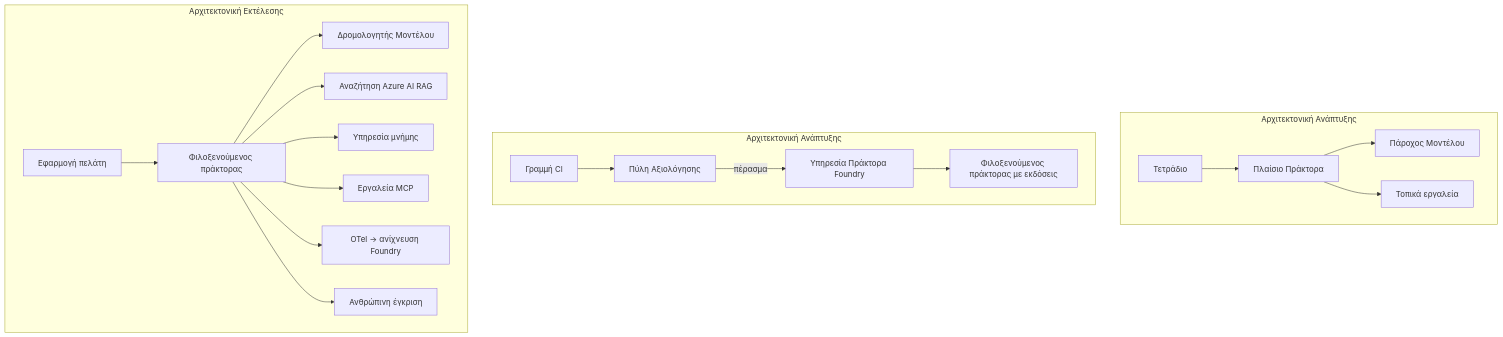
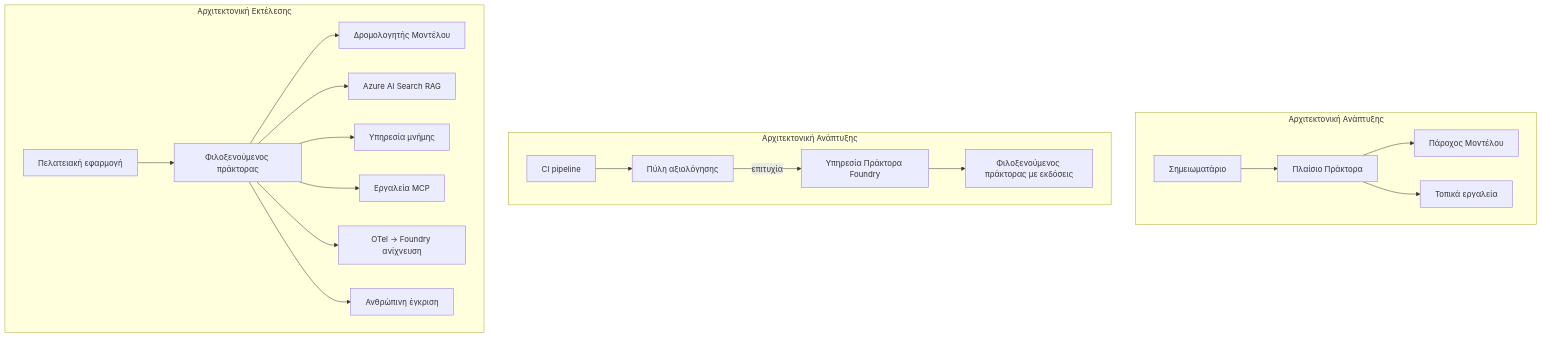
One commit to microsoft/ai-agents-for-beginners changed the fourth of 4 diagrams in translations/el/16-deploying-scalable-agents/README.md. Above: the diagram before and after it, drawn with Mermaid. The commit also changed other lines of this file and 46 other files, not shown here.

````diff
--- a/translations/el/16-deploying-scalable-agents/README.md
+++ b/translations/el/16-deploying-scalable-agents/README.md
@@ -185,22 +185,22 @@
 ```mermaid
 flowchart TB
     subgraph Dev[Αρχιτεκτονική Ανάπτυξης]
-        D1[Τετράδιο] --> D2[Πλαίσιο Πράκτορα]
+        D1[Σημειωματάριο] --> D2[Πλαίσιο Πράκτορα]
         D2 --> D3[Πάροχος Μοντέλου]
         D2 --> D4[Τοπικά εργαλεία]
     end
     subgraph Deploy[Αρχιτεκτονική Ανάπτυξης]
-        E1[Γραμμή CI] --> E2[Πύλη Αξιολόγησης]
-        E2 -->|πέρασμα| E3[Υπηρεσία Πράκτορα Foundry]
+        E1[CI pipeline] --> E2[Πύλη αξιολόγησης]
+        E2 -->|επιτυχία| E3[Υπηρεσία Πράκτορα Foundry]
         E3 --> E4[Φιλοξενούμενος πράκτορας με εκδόσεις]
     end
     subgraph Run[Αρχιτεκτονική Εκτέλεσης]
-        F1[Εφαρμογή πελάτη] --> F2[Φιλοξενούμενος πράκτορας]
+        F1[Πελατειακή εφαρμογή] --> F2[Φιλοξενούμενος πράκτορας]
         F2 --> F3[Δρομολογητής Μοντέλου]
-        F2 --> F4[Αναζήτηση Azure AI RAG]
+        F2 --> F4[Azure AI Search RAG]
         F2 --> F5[Υπηρεσία μνήμης]
         F2 --> F6[Εργαλεία MCP]
-        F2 --> F7[OTel -> ανίχνευση Foundry]
+        F2 --> F7[OTel -> Foundry ανίχνευση]
         F2 --> F8[Ανθρώπινη έγκριση]
     end
 ```
````
